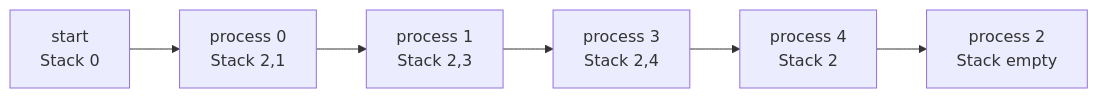
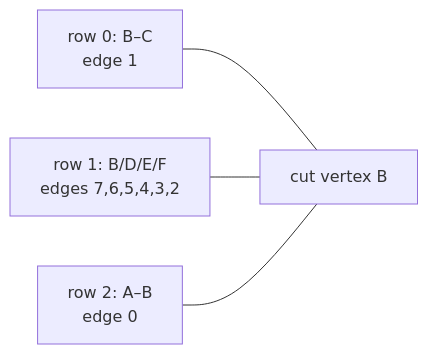
Before and after one commit to chaebkimm/data_structure_2026: the third of 3 diagrams in module_06_graph_dfs/diagrams/dfs_models.md, drawn with Mermaid. The commit also changed other lines of this file and 14 other files, not shown here.

Commit message:
graph dfs

````diff
--- a/module_06_graph_dfs/diagrams/dfs_models.md
+++ b/module_06_graph_dfs/diagrams/dfs_models.md
@@ -138,10 +88,6 @@
 ```mermaid
 flowchart LR
-    S0["start<br/>Stack 0"]
-    S1["process 0<br/>Stack 2,1"]
-    S2["process 1<br/>Stack 2,3"]
-    S3["process 3<br/>Stack 2,4"]
-    S4["process 4<br/>Stack 2"]
-    S5["process 2<br/>Stack empty"]
-    S0 --> S1 --> S2 --> S3 --> S4 --> S5
+    BC["row 0: B–C<br/>edge 1"] --- B["cut vertex B"]
+    K["row 1: B/D/E/F<br/>edges 7,6,5,4,3,2"] --- B
+    AB["row 2: A–B<br/>edge 0"] --- B
 ```
````
